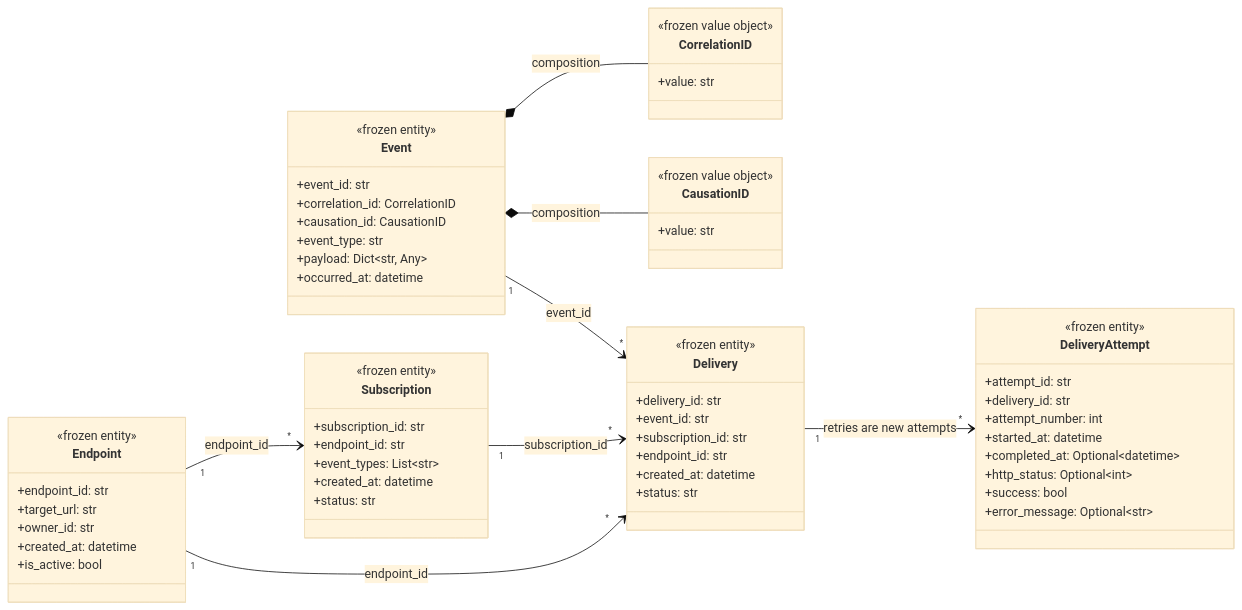
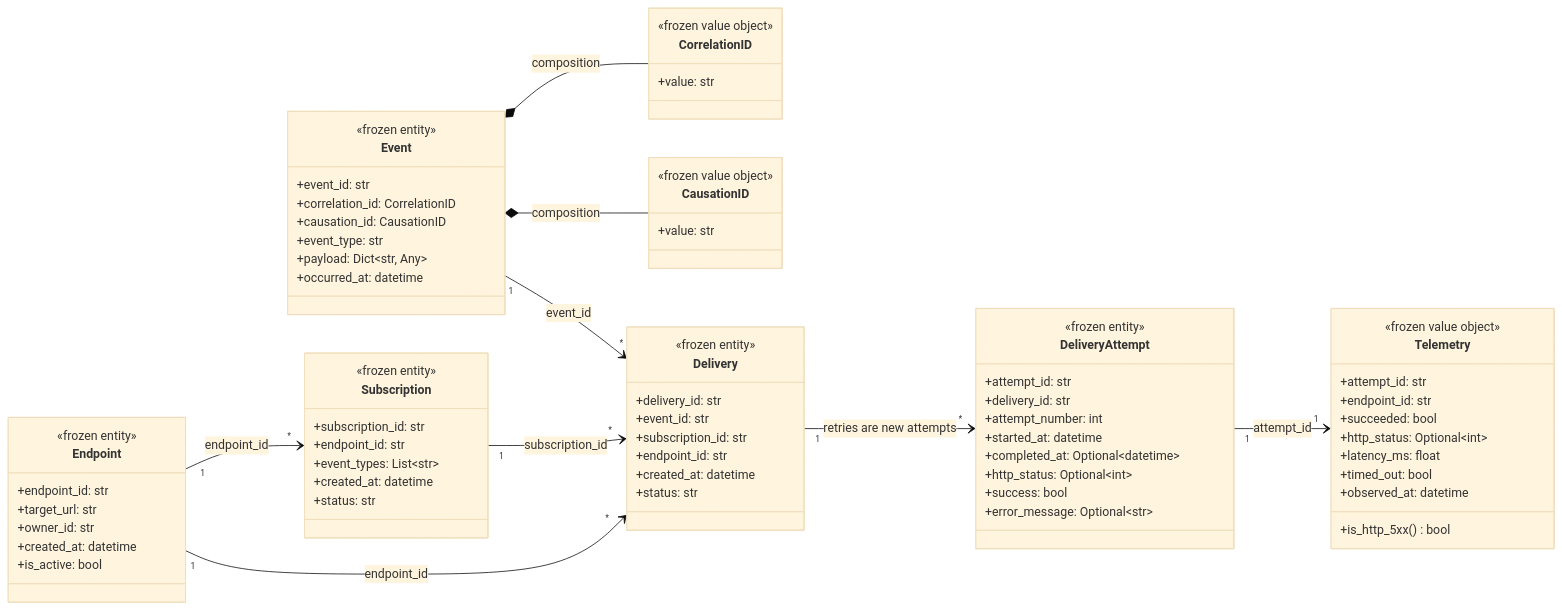
One commit to RelayForged/relayforge changed the first of 5 diagrams in docs/Diagrams/data-plane-class-diagram.md. Above: the diagram before and after it, drawn with Mermaid (base theme). The commit also changed other lines of this file and 2 other files, not shown here.

First line of the commit message:
docs: extend Data Plane diagrams for Week 3-4 delivery core

````diff
--- a/docs/Diagrams/data-plane-class-diagram.md
+++ b/docs/Diagrams/data-plane-class-diagram.md
@@ -74,6 +74,18 @@
         +error_message: Optional~str~
     }
 
+    class Telemetry {
+        <<frozen value object>>
+        +attempt_id: str
+        +endpoint_id: str
+        +succeeded: bool
+        +http_status: Optional~int~
+        +latency_ms: float
+        +timed_out: bool
+        +observed_at: datetime
+        +is_http_5xx() bool
+    }
+
     Event *-- CorrelationID : composition
     Event *-- CausationID : composition
     Endpoint "1" --> "*" Subscription : endpoint_id
@@ -81,4 +93,5 @@
     Subscription "1" --> "*" Delivery : subscription_id
     Endpoint "1" --> "*" Delivery : endpoint_id
     Delivery "1" --> "*" DeliveryAttempt : retries are new attempts
+    DeliveryAttempt "1" --> "1" Telemetry : attempt_id
 ```
````
